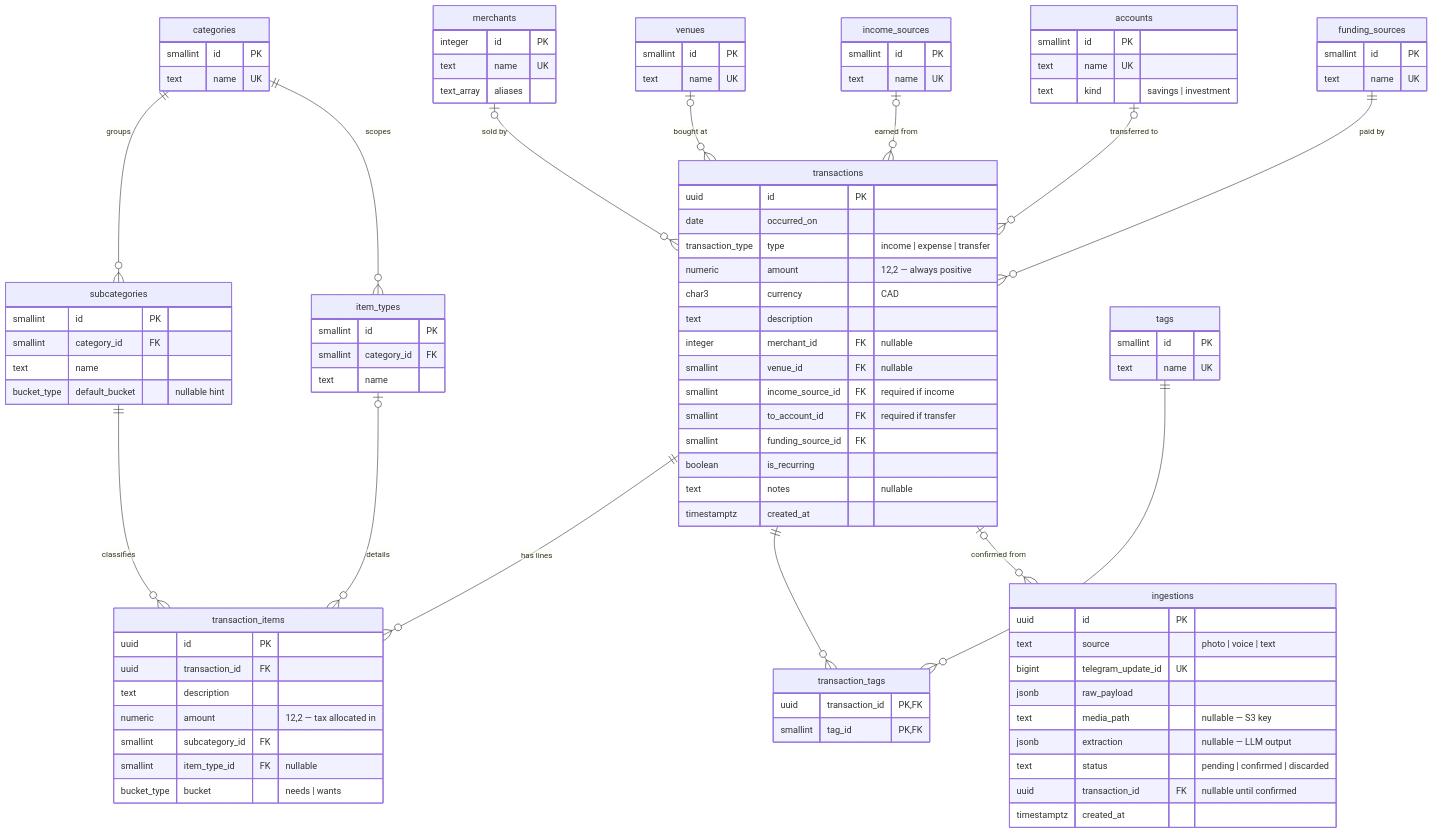
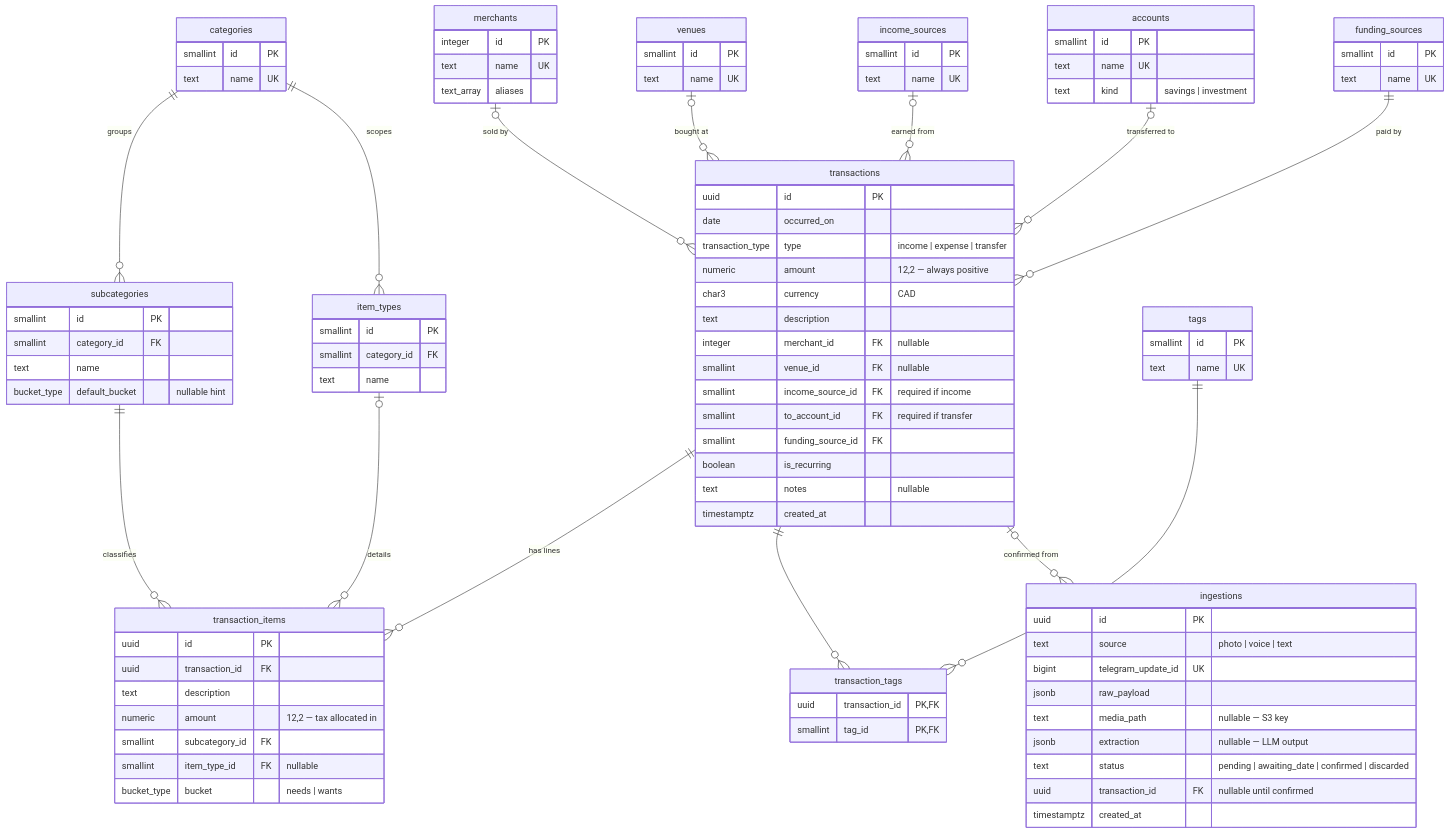
Before and after one commit to rafachan3/finflow: the diagram in docs/DATA_MODEL.md, drawn with Mermaid. The commit also changed other lines of this file and 13 other files, not shown here.

First line of the commit message:
feat(ingest): Fix date and default text to today (#7)

```diff
--- a/docs/DATA_MODEL.md
+++ b/docs/DATA_MODEL.md
@@ -81,7 +81,7 @@
     jsonb raw_payload
     text media_path "nullable — S3 key"
     jsonb extraction "nullable — LLM output"
-    text status "pending | confirmed | discarded"
+    text status "pending | awaiting_date | confirmed | discarded"
     uuid transaction_id FK "nullable until confirmed"
     timestamptz created_at
   }
```
